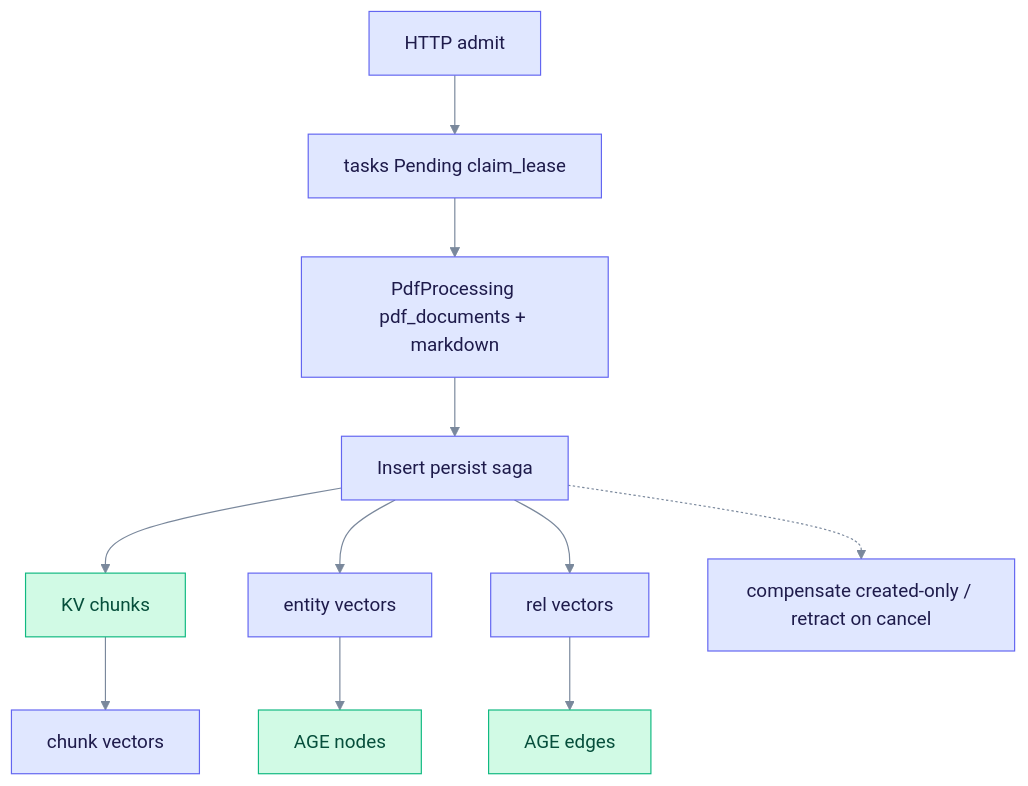
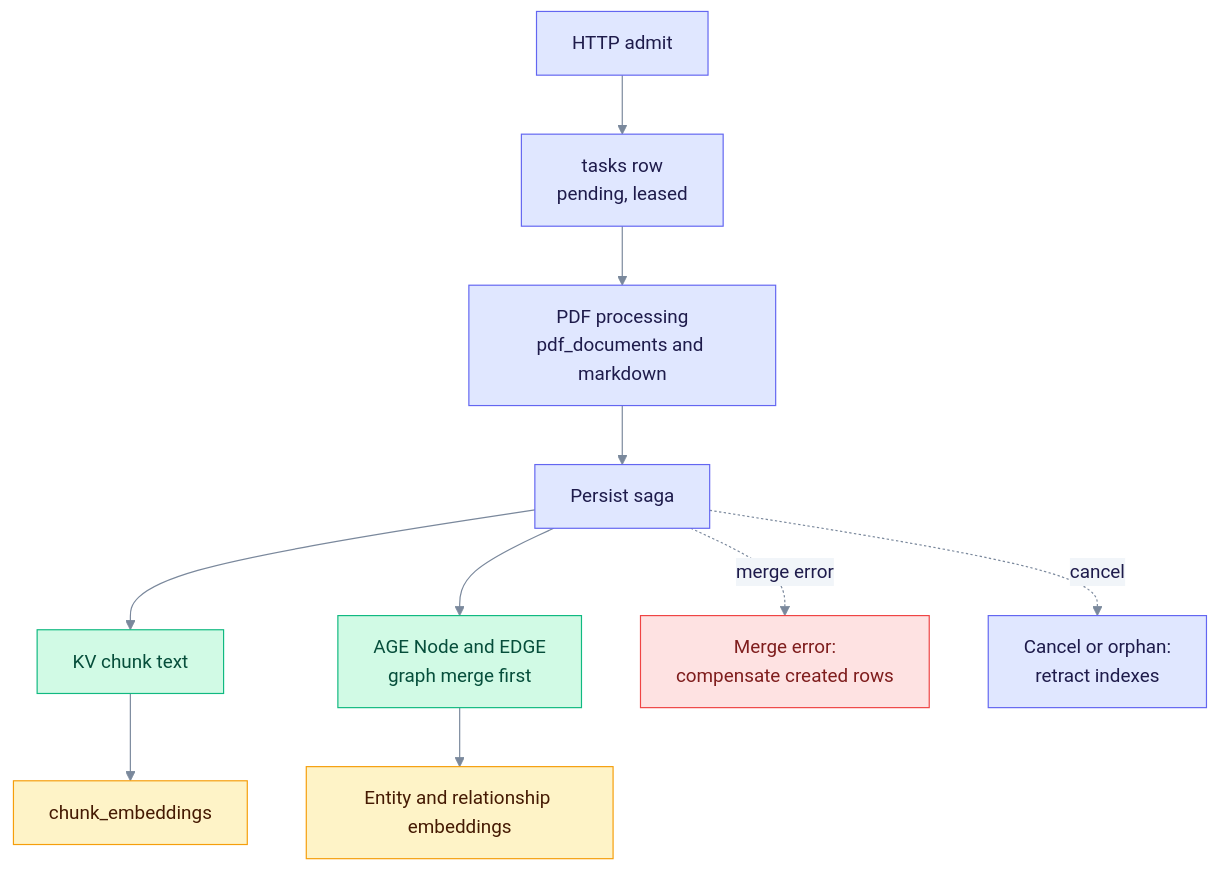
Before and after one commit to raphaelmansuy/edgequake: the seventh of 7 diagrams in docs/deep-dives/data-layer.md, drawn with Mermaid. The commit also changed other lines of this file and 194 other files, not shown here.

First line of the commit message:
Refresh docs against code and rebuild schema E/R as progressive steps

````diff
--- a/docs/deep-dives/data-layer.md
+++ b/docs/deep-dives/data-layer.md
@@ -644,24 +488,27 @@
 ```mermaid
 %%{init: {"theme":"base","themeVariables":{"primaryColor":"#E0E7FF","primaryBorderColor":"#6366F1","primaryTextColor":"#1E1B4B","secondaryColor":"#D1FAE5","secondaryBorderColor":"#10B981","secondaryTextColor":"#064E3B","tertiaryColor":"#FEF3C7","tertiaryBorderColor":"#F59E0B","tertiaryTextColor":"#6B7A90","lineColor":"#7A889C","clusterBkg":"rgba(99,102,241,0.07)","clusterBorder":"#A5B4FC","noteBkgColor":"#FEF9C3","noteTextColor":"#422006","textColor":"#6B7A90","titleColor":"#6B7A90","signalColor":"#7A889C","signalTextColor":"#6B7A90","loopTextColor":"#6B7A90","edgeLabelBackground":"#F1F5F9","actorLineColor":"#94A3B8"}}}%%
 %% eq-theme:v1
 flowchart TB
   admit["HTTP admit"]
-  task["tasks Pending claim_lease"]
-  pdf["PdfProcessing pdf_documents + markdown"]
-  persist["Insert persist saga"]
-  kv["KV chunks"]
-  cvec["chunk vectors"]
-  evec["entity vectors"]
-  rvec["rel vectors"]
-  ageN["AGE nodes"]
-  ageE["AGE edges"]
-  fail["compensate created-only / retract on cancel"]
+  task["tasks row<br/>pending, leased"]
+  pdf["PDF processing<br/>pdf_documents and markdown"]
+  persist["Persist saga"]
+  kv["KV chunk text"]
+  cvec["chunk_embeddings"]
+  age["AGE Node and EDGE<br/>graph merge first"]
+  fvec["Entity and relationship embeddings"]
+  fail["Merge error:<br/>compensate created rows"]
+  cancel["Cancel or orphan:<br/>retract indexes"]
   admit --> task --> pdf --> persist
   persist --> kv --> cvec
-  persist --> evec --> ageN
-  persist --> rvec --> ageE
-  persist -.-> fail
+  persist --> age --> fvec
+  persist -.->|"merge error"| fail
+  persist -.->|"cancel"| cancel
 %% eq-classes
 classDef eqStore fill:#D1FAE5,stroke:#10B981,color:#064E3B
-class kv,ageN,ageE eqStore
+classDef eqLlm fill:#FEF3C7,stroke:#F59E0B,color:#451A03
+classDef eqBad fill:#FEE2E2,stroke:#EF4444,color:#7F1D1D
+class kv,age eqStore
+class cvec,fvec eqLlm
+class fail eqBad
 ```
````
